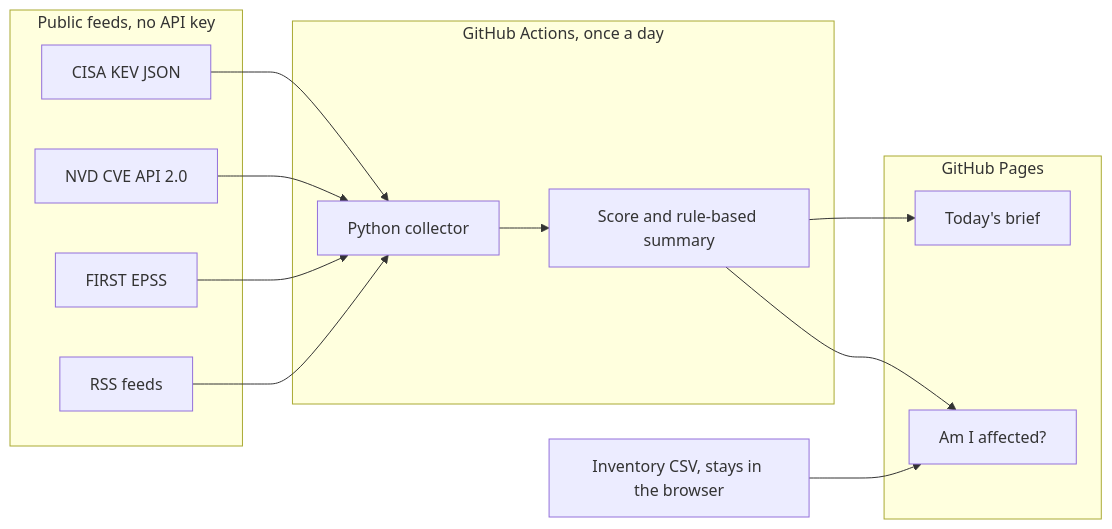
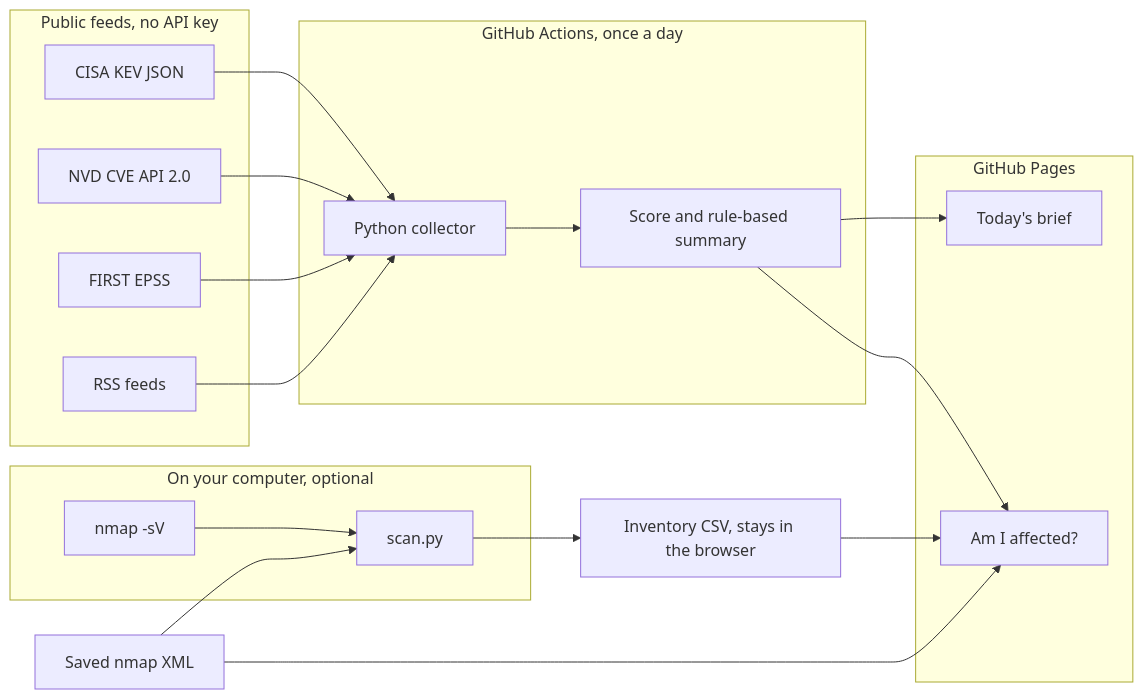
One commit to Lawrence-Flash/AI_Assistant changed the diagram in README.md. Above: the diagram before and after it, drawn with Mermaid. The commit also changed other lines of this file and 18 other files, not shown here.

First line of the commit message:
feat: add a local nmap inventory and report

````diff
--- a/README.md
+++ b/README.md
@@ -130,25 +133,33 @@
 ```mermaid
 flowchart LR
   subgraph feeds [Public feeds, no API key]
     KEV[CISA KEV JSON]
     NVD[NVD CVE API 2.0]
     EPSS[FIRST EPSS]
     RSS[RSS feeds]
   end
   subgraph job [GitHub Actions, once a day]
     COL[Python collector]
     SCORE[Score and rule-based summary]
   end
   subgraph site [GitHub Pages]
     BRIEF[Today's brief]
     CHECK[Am I affected?]
   end
   KEV --> COL
   NVD --> COL
   EPSS --> COL
   RSS --> COL
   COL --> SCORE
   SCORE --> BRIEF
   SCORE --> CHECK
   CSV[Inventory CSV, stays in the browser] --> CHECK
+  subgraph local [On your computer, optional]
+    NMAP[nmap -sV]
+    SCAN[scan.py]
+  end
+  NMAP --> SCAN
+  XML[Saved nmap XML] --> SCAN
+  SCAN --> CSV
+  XML --> CHECK
 ```
````
